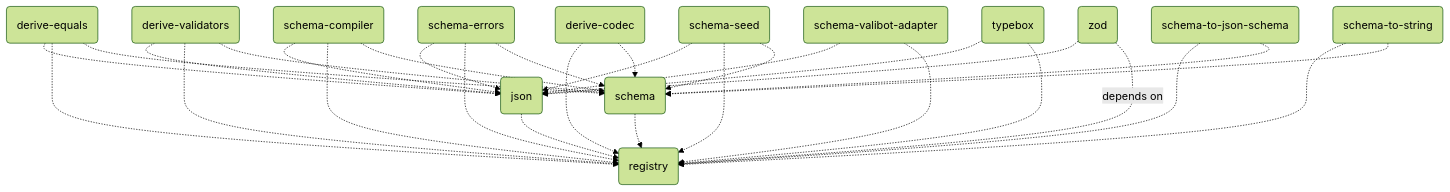
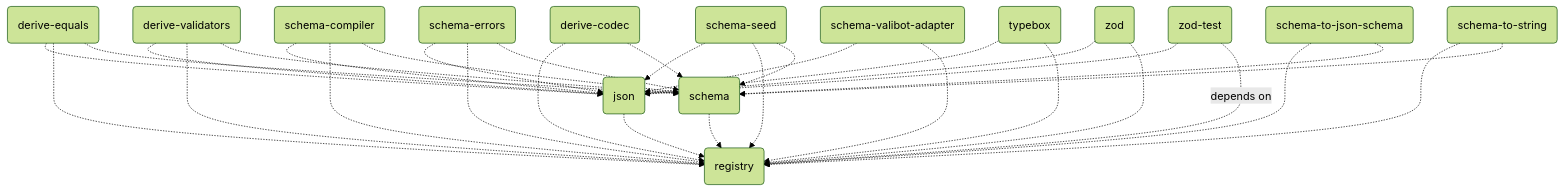
The diagram in README.md (traversable/schema), drawn with Mermaid (forest theme) before and after one commit. The commit also changed 27 other files, not shown here.

Commit message:
init(zod-test): initializes `@traversable/zod-test`

````diff
--- a/README.md
+++ b/README.md
@@ -497,33 +497,35 @@
 ```mermaid
 flowchart TD
     registry(registry)
     json(json) -.-> registry(registry)
     schema(schema) -.-> registry(registry)
     derive-codec(derive-codec) -.-> registry(registry)
     derive-codec(derive-codec) -.-> schema(schema)
     derive-equals(derive-equals) -.-> json(json)
     derive-equals(derive-equals) -.-> registry(registry)
     derive-equals(derive-equals) -.-> schema(schema)
     derive-validators(derive-validators) -.-> json(json)
     derive-validators(derive-validators) -.-> registry(registry)
     derive-validators(derive-validators) -.-> schema(schema)
     schema-compiler(schema-compiler) -.-> json(json)
     schema-compiler(schema-compiler) -.-> registry(registry)
     schema-compiler(schema-compiler) -.-> schema(schema)
     schema-errors(schema-errors) -.-> json(json)
     schema-errors(schema-errors) -.-> registry(registry)
     schema-errors(schema-errors) -.-> schema(schema)
     schema-seed(schema-seed) -.-> json(json)
     schema-seed(schema-seed) -.-> registry(registry)
     schema-seed(schema-seed) -.-> schema(schema)
     schema-to-json-schema(schema-to-json-schema) -.-> registry(registry)
     schema-to-json-schema(schema-to-json-schema) -.-> schema(schema)
     schema-to-string(schema-to-string) -.-> registry(registry)
     schema-to-string(schema-to-string) -.-> schema(schema)
     schema-valibot-adapter(schema-valibot-adapter) -.-> json(json)
     schema-valibot-adapter(schema-valibot-adapter) -.-> registry(registry)
     typebox(typebox) -.-> json(json)
     typebox(typebox) -.-> registry(registry)
     zod(zod) -.-> json(json)
-    zod(zod) -.depends on.-> registry(registry)
+    zod(zod) -.-> registry(registry)
+    zod-test(zod-test) -.-> json(json)
+    zod-test(zod-test) -.depends on.-> registry(registry)
 ```
````
